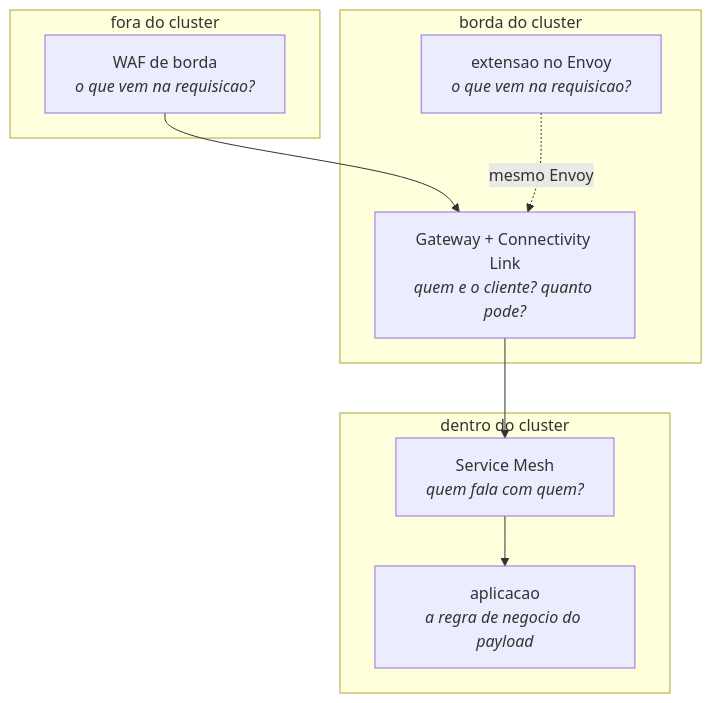
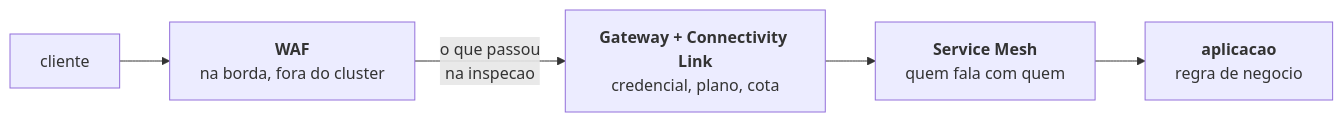
Before and after one commit to workshop-tanaka/rhcl-connectivity-workshop: the first of 2 diagrams in content/modules/ROOT/pages/leitura-waf.adoc, drawn with Mermaid. The commit also changed other lines of this file and 2 other files, not shown here.

First line of the commit message:
leitura-waf: mais curta, com a recomendacao na frente e dois desenhos

```diff
--- a/content/modules/ROOT/pages/leitura-waf.adoc
+++ b/content/modules/ROOT/pages/leitura-waf.adoc
@@ -39,18 +25,8 @@
 [mermaid]
 ....
-flowchart TD
-  subgraph FORA["fora do cluster"]
-    W["WAF de borda<br/><i>o que vem na requisicao?</i>"]
-  end
-  subgraph BORDA["borda do cluster"]
-    G["Gateway + Connectivity Link<br/><i>quem e o cliente? quanto pode?</i>"]
-    E["extensao no Envoy<br/><i>o que vem na requisicao?</i>"]
-  end
-  subgraph DENTRO["dentro do cluster"]
-    M["Service Mesh<br/><i>quem fala com quem?</i>"]
-    A["aplicacao<br/><i>a regra de negocio do payload</i>"]
-  end
-  W --> G
-  E -.->|"mesmo Envoy"| G
-  G --> M --> A
+flowchart LR
+  CL["cliente"] --> W["<b>WAF</b><br/>na borda, fora do cluster"]
+  W -->|"o que passou<br/>na inspecao"| G["<b>Gateway + Connectivity Link</b><br/>credencial, plano, cota"]
+  G --> M["<b>Service Mesh</b><br/>quem fala com quem"]
+  M --> A["<b>aplicacao</b><br/>regra de negocio"]
 ....
```
